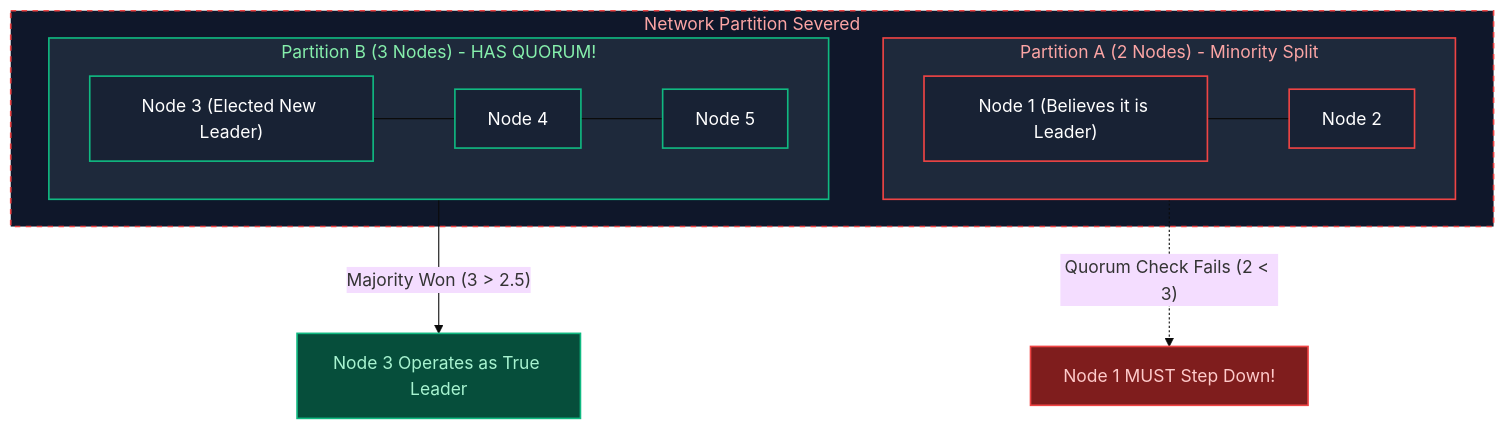
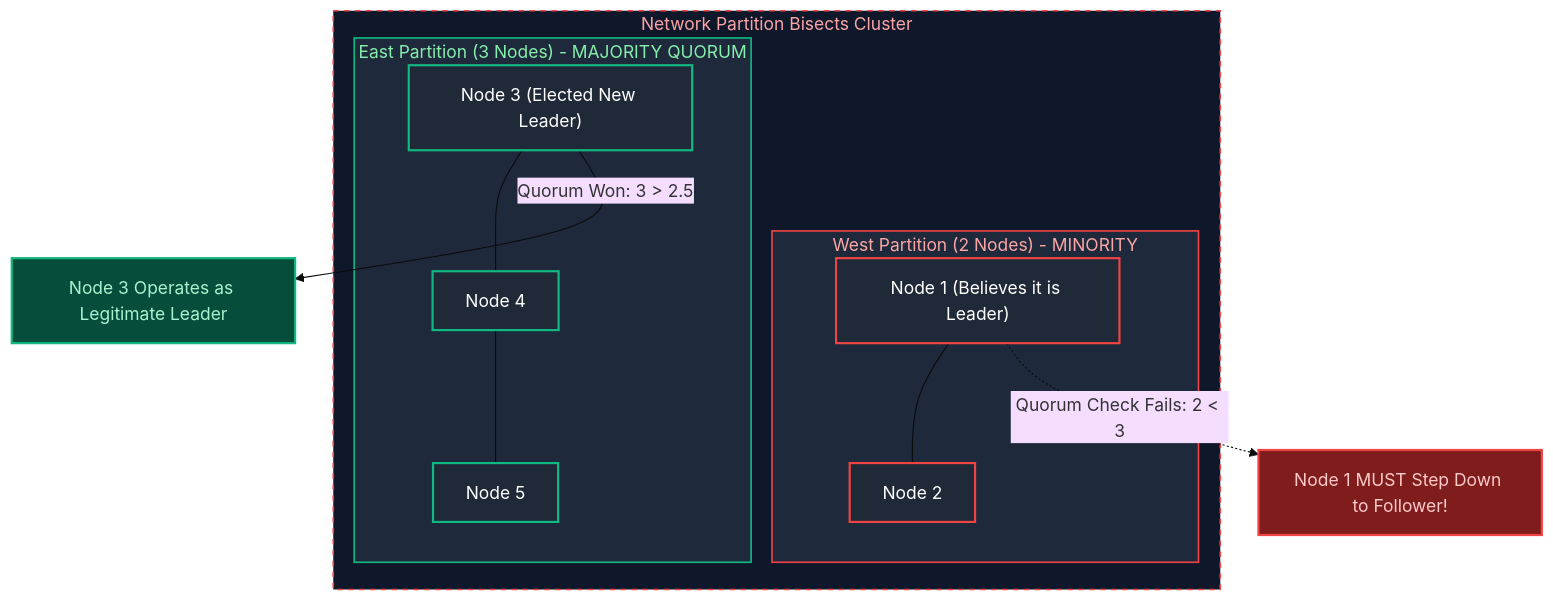
Before and after one commit to joydeep-biswas/Interview-Preparation: the seventh of 19 diagrams in Data Engineering/05_distributed_systems_and_apis.md, drawn with Mermaid (base theme). The commit also changed other lines of this file and 143 other files, not shown here.

````diff
--- a/Data Engineering/05_distributed_systems_and_apis.md
+++ b/Data Engineering/05_distributed_systems_and_apis.md
@@ -360,29 +449,26 @@
 ```mermaid
 flowchart TD
-    subgraph NetworkSplit ["Network Partition Severed"]
-        subgraph SubClusterA ["Partition A (2 Nodes) - Minority Split"]
-            direction LR
+    subgraph NetworkCut ["Network Partition Bisects Cluster"]
+        subgraph WestSplit ["West Partition (2 Nodes) - MINORITY"]
             Node1["Node 1 (Believes it is Leader)"] --- Node2["Node 2"]
         end
 
-        subgraph SubClusterB ["Partition B (3 Nodes) - HAS QUORUM!"]
-            direction LR
+        subgraph EastSplit ["East Partition (3 Nodes) - MAJORITY QUORUM"]
             Node3["Node 3 (Elected New Leader)"] --- Node4["Node 4"] --- Node5["Node 5"]
         end
     end
 
-    Node1 -.->|"Quorum Check Fails (2 < 3)"| StepDown["Node 1 MUST Step Down!"]
-    Node3 -->|"Majority Won (3 > 2.5)"| ValidLeader["Node 3 Operates as True Leader"]
+    Node1 -.->|"Quorum Check Fails: 2 < 3"| ForceStepDown["Node 1 MUST Step Down to Follower!"]
+    Node3 -->|"Quorum Won: 3 > 2.5"| ValidWrite["Node 3 Operates as Legitimate Leader"]
 
-    style NetworkSplit fill:#0f172a,stroke:#ef4444,stroke-width:1.5px,stroke-dasharray: 5 5,color:#fca5a5
-    style SubClusterA fill:#1e293b,stroke:#ef4444,stroke-width:1.5px,color:#fca5a5
-    style SubClusterB fill:#1e293b,stroke:#10b981,stroke-width:1.5px,color:#86efac
-
-    style Node1 fill:#182234,stroke:#ef4444,stroke-width:1.5px,color:#fff
-    style Node2 fill:#182234,stroke:#ef4444,stroke-width:1.5px,color:#fff
-    style Node3 fill:#182234,stroke:#10b981,stroke-width:1.5px,color:#fff
-    style Node4 fill:#182234,stroke:#10b981,stroke-width:1.5px,color:#fff
-    style Node5 fill:#182234,stroke:#10b981,stroke-width:1.5px,color:#fff
-    style StepDown fill:#7f1d1d,stroke:#ef4444,stroke-width:1.5px,color:#fecaca
-    style ValidLeader fill:#064e3b,stroke:#10b981,stroke-width:1.5px,color:#a7f3d0
+    style NetworkCut fill:#0f172a,stroke:#ef4444,stroke-width:1.5px,stroke-dasharray: 5 5,color:#fca5a5
+    style WestSplit fill:#1e293b,stroke:#ef4444,stroke-width:1.5px,color:#fca5a5
+    style EastSplit fill:#1e293b,stroke:#10b981,stroke-width:1.5px,color:#86efac
+    style Node1 fill:#1f2937,stroke:#ef4444,stroke-width:2px,color:#fff
+    style Node2 fill:#1f2937,stroke:#ef4444,stroke-width:2px,color:#fff
+    style Node3 fill:#1f2937,stroke:#10b981,stroke-width:2px,color:#fff
+    style Node4 fill:#1f2937,stroke:#10b981,stroke-width:2px,color:#fff
+    style Node5 fill:#1f2937,stroke:#10b981,stroke-width:2px,color:#fff
+    style ForceStepDown fill:#7f1d1d,stroke:#ef4444,stroke-width:2px,color:#fecaca
+    style ValidWrite fill:#064e3b,stroke:#10b981,stroke-width:2px,color:#a7f3d0
 ```
````
